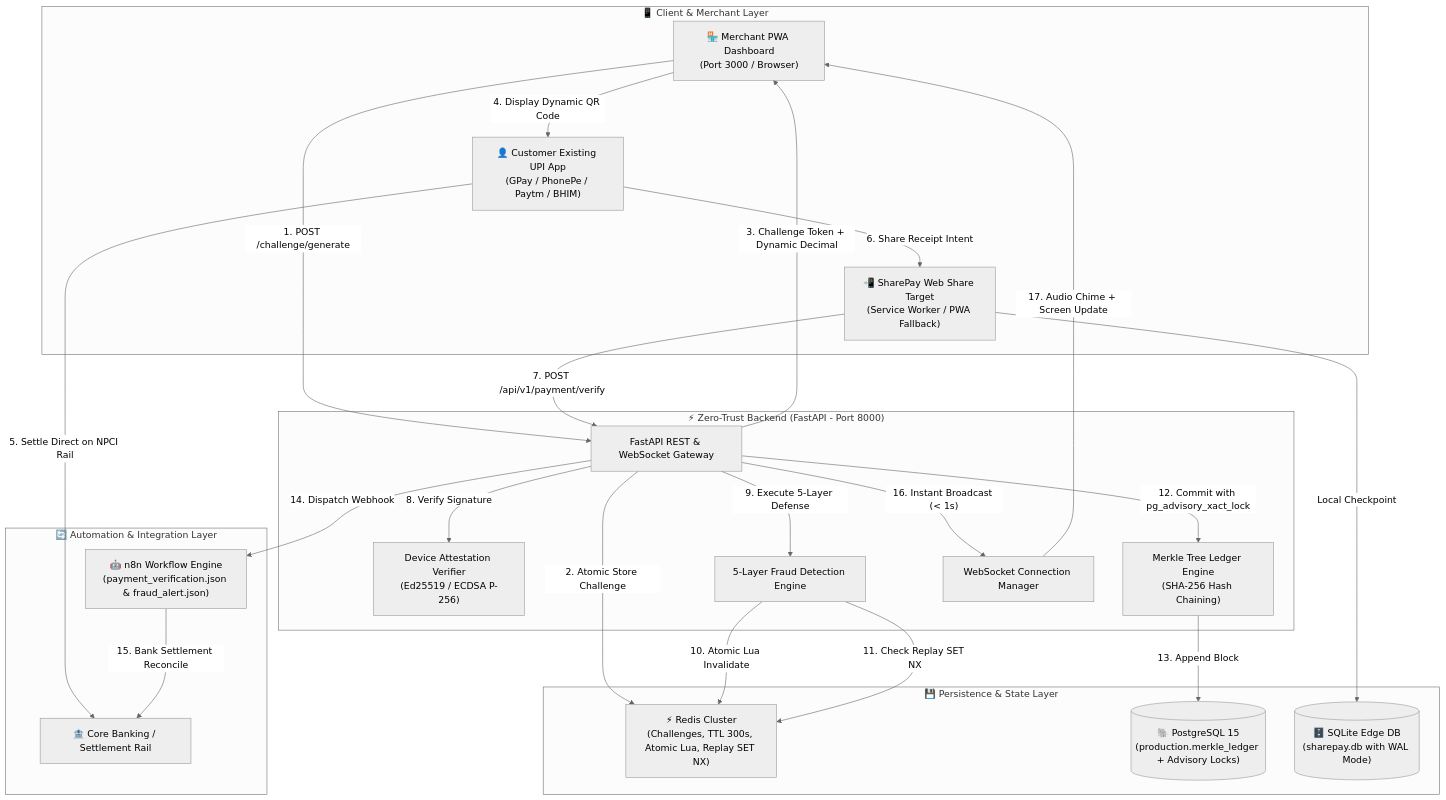
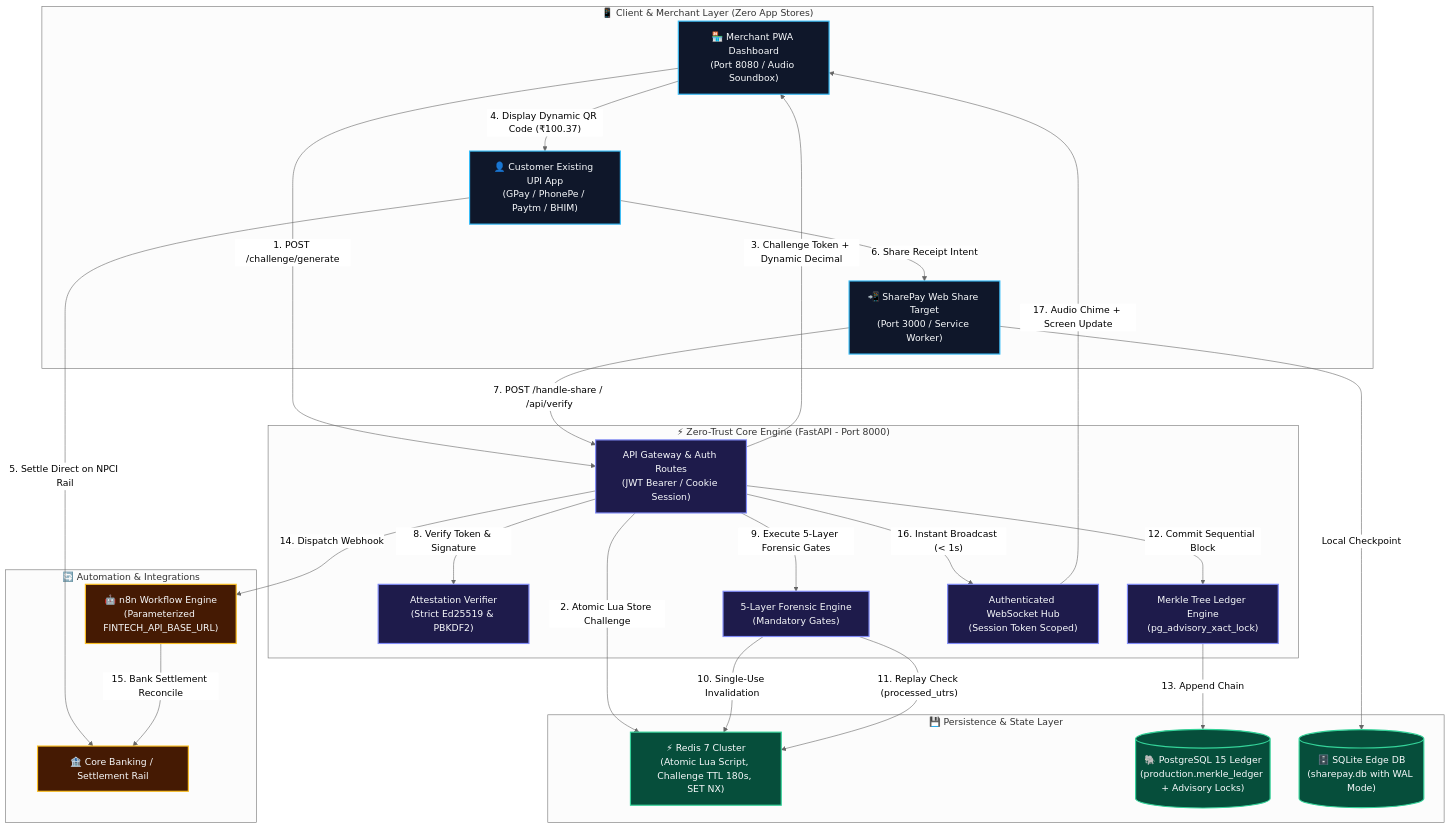
The first of 3 diagrams in README.md (Tashima-Tarsh/Zero-Trust-Fintech), drawn with Mermaid (neutral theme) before and after one commit. The commit also changed other lines of this file and 1 other file, not shown here.

Commit message:
docs: enrich README with animated motion architecture, Mermaid state machine, and 50-test matrix

````diff
--- a/README.md
+++ b/README.md
@@ -29,51 +40,56 @@
 ```mermaid
 flowchart TD
-    subgraph ClientLayer["📱 Client & Merchant Layer"]
-        M_PWA["🏪 Merchant PWA Dashboard<br/>(Port 3000 / Browser)"]
-        C_UPI["👤 Customer Existing UPI App<br/>(GPay / PhonePe / Paytm / BHIM)"]
-        C_SW["📲 SharePay Web Share Target<br/>(Service Worker / PWA Fallback)"]
+    classDef client fill:#0f172a,stroke:#38bdf8,stroke-width:2px,color:#f8fafc;
+    classDef backend fill:#1e1b4b,stroke:#818cf8,stroke-width:2px,color:#f8fafc;
+    classDef data fill:#064e3b,stroke:#34d399,stroke-width:2px,color:#f8fafc;
+    classDef n8n fill:#451a03,stroke:#fbbf24,stroke-width:2px,color:#f8fafc;
+
+    subgraph ClientLayer["📱 Client & Merchant Layer (Zero App Stores)"]
+        M_PWA["🏪 Merchant PWA Dashboard<br/>(Port 8080 / Audio Soundbox)"]:::client
+        C_UPI["👤 Customer Existing UPI App<br/>(GPay / PhonePe / Paytm / BHIM)"]:::client
+        C_SW["📲 SharePay Web Share Target<br/>(Port 3000 / Service Worker)"]:::client
     end
 
-    subgraph APILayer["⚡ Zero-Trust Backend (FastAPI - Port 8000)"]
-        API_GATEWAY["FastAPI REST & WebSocket Gateway"]
-        AUTH_VERIFIER["Device Attestation Verifier<br/>(Ed25519 / ECDSA P-256)"]
-        FRAUD_ENGINE["5-Layer Fraud Detection Engine"]
-        MERKLE_ENGINE["Merkle Tree Ledger Engine<br/>(SHA-256 Hash Chaining)"]
-        WS_MGR["WebSocket Connection Manager"]
+    subgraph APILayer["⚡ Zero-Trust Core Engine (FastAPI - Port 8000)"]
+        API_GATEWAY["API Gateway & Auth Routes<br/>(JWT Bearer / Cookie Session)"]:::backend
+        AUTH_VERIFIER["Attestation Verifier<br/>(Strict Ed25519 & PBKDF2)"]:::backend
+        FRAUD_ENGINE["5-Layer Forensic Engine<br/>(Mandatory Gates)"]:::backend
+        MERKLE_ENGINE["Merkle Tree Ledger Engine<br/>(pg_advisory_xact_lock)"]:::backend
+        WS_MGR["Authenticated WebSocket Hub<br/>(Session Token Scoped)"]:::backend
     end
 
     subgraph DataLayer["💾 Persistence & State Layer"]
-        REDIS["⚡ Redis Cluster<br/>(Challenges, TTL 300s, Atomic Lua, Replay SET NX)"]
-        POSTGRES[("🐘 PostgreSQL 15<br/>(production.merkle_ledger + Advisory Locks)")]
-        SQLITE_EDGE[("🗄️ SQLite Edge DB<br/>(sharepay.db with WAL Mode)")]
+        REDIS["⚡ Redis 7 Cluster<br/>(Atomic Lua Script, Challenge TTL 180s, SET NX)"]:::data
+        POSTGRES[("🐘 PostgreSQL 15 Ledger<br/>(production.merkle_ledger + Advisory Locks)")]:::data
+        SQLITE_EDGE[("🗄️ SQLite Edge DB<br/>(sharepay.db with WAL Mode)")]:::data
     end
 
-    subgraph OrchestrationLayer["🔄 Automation & Integration Layer"]
-        N8N["🤖 n8n Workflow Engine<br/>(payment_verification.json & fraud_alert.json)"]
-        BANK_API["🏦 Core Banking / Settlement Rail"]
+    subgraph OrchestrationLayer["🔄 Automation & Integrations"]
+        N8N["🤖 n8n Workflow Engine<br/>(Parameterized FINTECH_API_BASE_URL)"]:::n8n
+        BANK_API["🏦 Core Banking / Settlement Rail"]:::n8n
     end
 
-    %% Flows
+    %% Flow lines
     M_PWA -->|"1. POST /challenge/generate"| API_GATEWAY
-    API_GATEWAY -->|"2. Atomic Store Challenge"| REDIS
+    API_GATEWAY -->|"2. Atomic Lua Store Challenge"| REDIS
     API_GATEWAY -->|"3. Challenge Token + Dynamic Decimal"| M_PWA
-    M_PWA -->|"4. Display Dynamic QR Code"| C_UPI
+    M_PWA -->|"4. Display Dynamic QR Code (₹100.37)"| C_UPI
     C_UPI -->|"5. Settle Direct on NPCI Rail"| BANK_API
     C_UPI -->|"6. Share Receipt Intent"| C_SW
-    C_SW -->|"7. POST /api/v1/payment/verify"| API_GATEWAY
+    C_SW -->|"7. POST /handle-share / /api/verify"| API_GATEWAY
     
-    API_GATEWAY -->|"8. Verify Signature"| AUTH_VERIFIER
-    API_GATEWAY -->|"9. Execute 5-Layer Defense"| FRAUD_ENGINE
-    FRAUD_ENGINE -->|"10. Atomic Lua Invalidate"| REDIS
-    FRAUD_ENGINE -->|"11. Check Replay SET NX"| REDIS
+    API_GATEWAY -->|"8. Verify Token & Signature"| AUTH_VERIFIER
+    API_GATEWAY -->|"9. Execute 5-Layer Forensic Gates"| FRAUD_ENGINE
+    FRAUD_ENGINE -->|"10. Single-Use Invalidation"| REDIS
+    FRAUD_ENGINE -->|"11. Replay Check (processed_utrs)"| REDIS
     
-    API_GATEWAY -->|"12. Commit with pg_advisory_xact_lock"| MERKLE_ENGINE
-    MERKLE_ENGINE -->|"13. Append Block"| POSTGRES
+    API_GATEWAY -->|"12. Commit Sequential Block"| MERKLE_ENGINE
+    MERKLE_ENGINE -->|"13. Append Chain"| POSTGRES
     C_SW -->|"Local Checkpoint"| SQLITE_EDGE
 
     API_GATEWAY -->|"14. Dispatch Webhook"| N8N
     N8N -->|"15. Bank Settlement Reconcile"| BANK_API
     
     API_GATEWAY -->|"16. Instant Broadcast (< 1s)"| WS_MGR
     WS_MGR -->|"17. Audio Chime + Screen Update"| M_PWA
 ```
````
